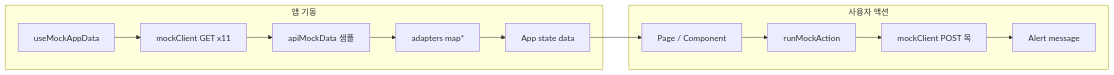
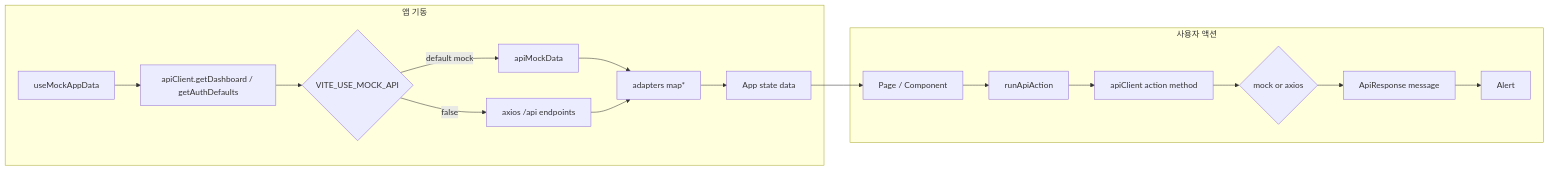
The diagram in docs/02-architecture/data-flow.md (SKN26-Final-1st/Final_project_web), drawn with Mermaid before and after one commit. The commit also changed other lines of this file and 10 other files, not shown here.

````diff
--- a/docs/02-architecture/data-flow.md
+++ b/docs/02-architecture/data-flow.md
@@ -3,15 +3,20 @@
 ```mermaid
 flowchart LR
-  subgraph boot [앱 기동]
-    A[useMockAppData] --> B[mockClient GET x11]
-    B --> C[apiMockData 샘플]
-    C --> D[adapters map*]
-    D --> E[App state data]
+  subgraph boot ["앱 기동"]
+    A["useMockAppData"] --> B["apiClient.getDashboard / getAuthDefaults"]
+    B --> C{"VITE_USE_MOCK_API"}
+    C -->|default mock| D["apiMockData"]
+    C -->|"false"| E["axios /api endpoints"]
+    D --> F["adapters map*"]
+    E --> F
+    F --> G["App state data"]
   end
-  subgraph action [사용자 액션]
-    F[Page / Component] --> G[runMockAction]
-    G --> H[mockClient POST 목]
-    H --> I[Alert message]
+  subgraph action ["사용자 액션"]
+    H["Page / Component"] --> I["runApiAction"]
+    I --> J["apiClient action method"]
+    J --> K{"mock or axios"}
+    K --> L["ApiResponse message"]
+    L --> M["Alert"]
   end
-  E --> F
+  G --> H
 ```
````
